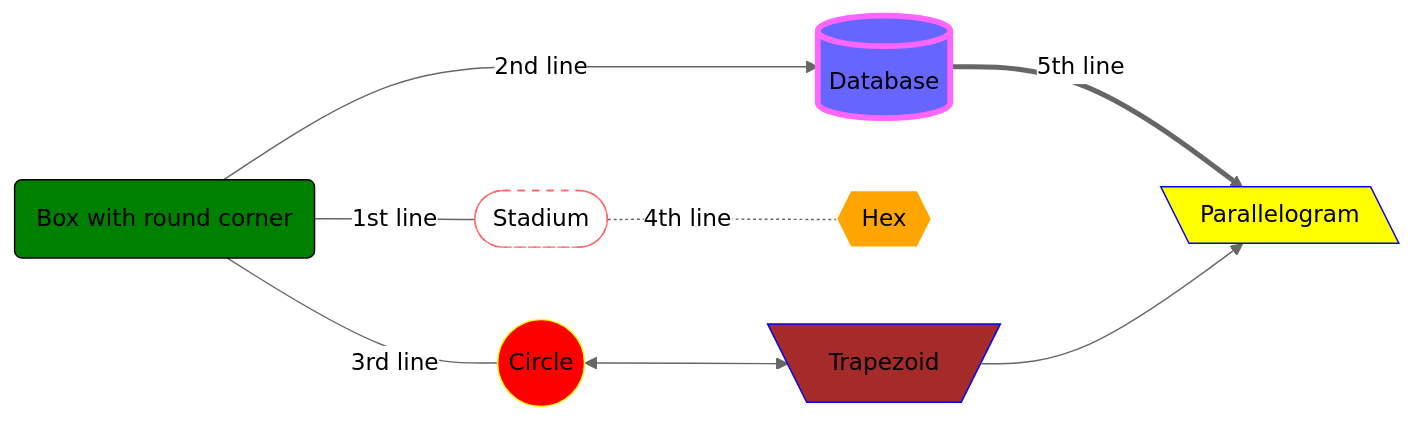
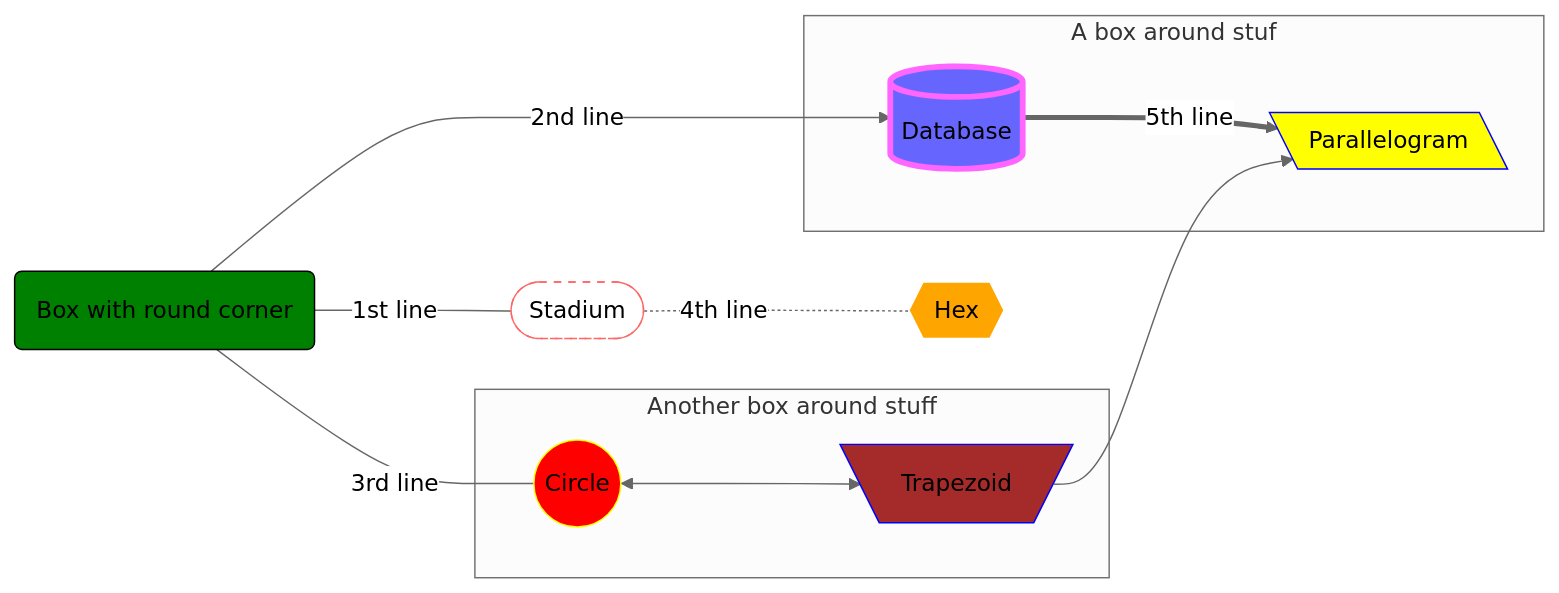
Before and after one commit to virengajera/learning: the fifth of 22 diagrams in markdown-example/mermaid-uml-diagrams.md, drawn with Mermaid (neutral theme). The commit also changed other lines of this file, not shown here.

First line of the commit message:
Enhance Mermaid diagram examples and formatting

````diff
--- a/markdown-example/mermaid-uml-diagrams.md
+++ b/markdown-example/mermaid-uml-diagrams.md
@@ -6,25 +67,29 @@
 ``` mermaid
 flowchart LR
     id1(Box with round corner)
     id2([Stadium])
     id3[(Database)]
     id4((Circle))
     id5{{Hex}}
     id6[\Parallelogram\]
     id7[\Trapezoid/]
 
     id1-- 1st line ---id2
     id1--> |2nd line| id3
     id1--- |3rd line| id4
     id2-.-|4th line| id5
+    subgraph A box around stuf
     id3 == 5th line ==> id6
+    end
+    subgraph Another box around stuff
     id4 <--> id7 --> id6
+    end
 
     style id1 fill:green,stroke:black
-    style id2 fill:white,stroke:#f66,stroke-dasharray: 5, 5,color:black
+    style id2 fill:white,stroke:#f66,stroke-dasharray: 5, 5
     style id3 fill:#66f,stroke:#f6f,stroke-width:4px
     style id4 fill:red,stroke:yellow
-    style id5 fill:orange,stroke:white,color:black
-    style id6 fill:yellow,stroke:blue,color:black
+    style id5 fill:orange,stroke:white
+    style id6 fill:yellow,stroke:blue
     style id7 fill:brown,stroke:blue
 ```
````
